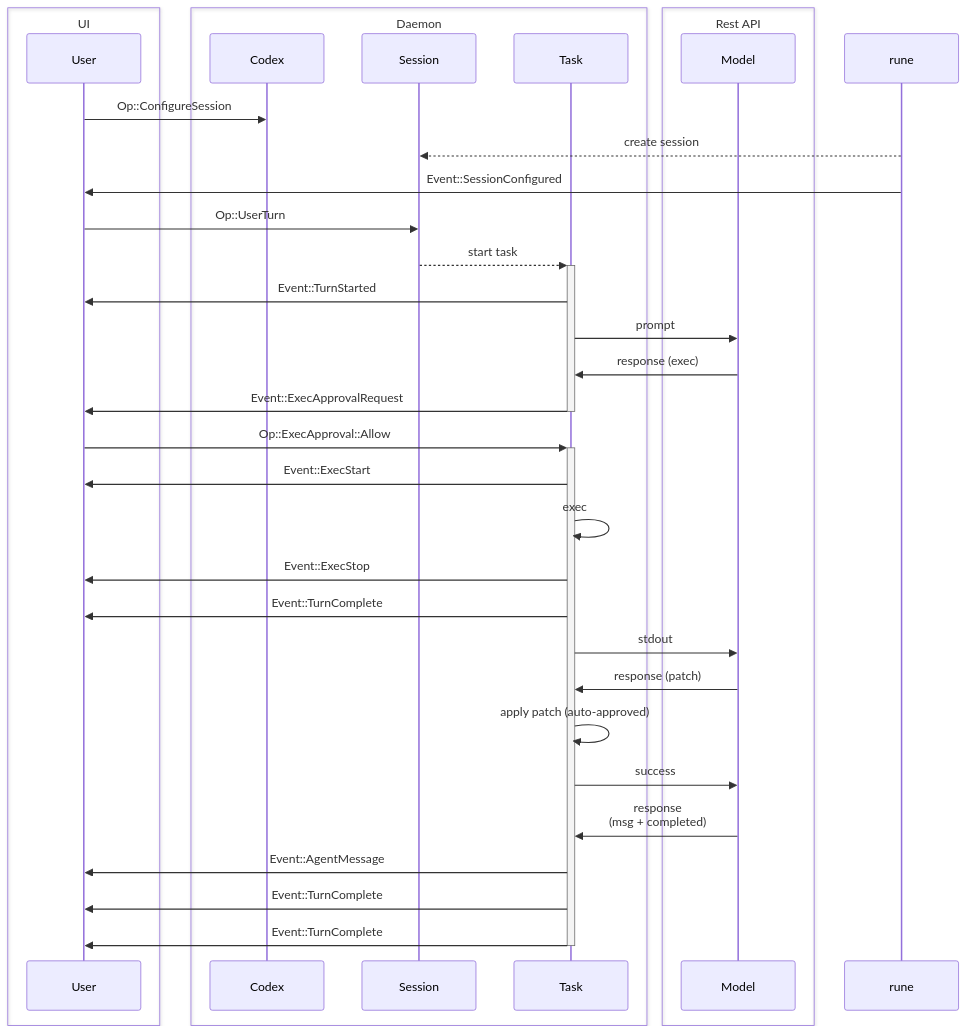
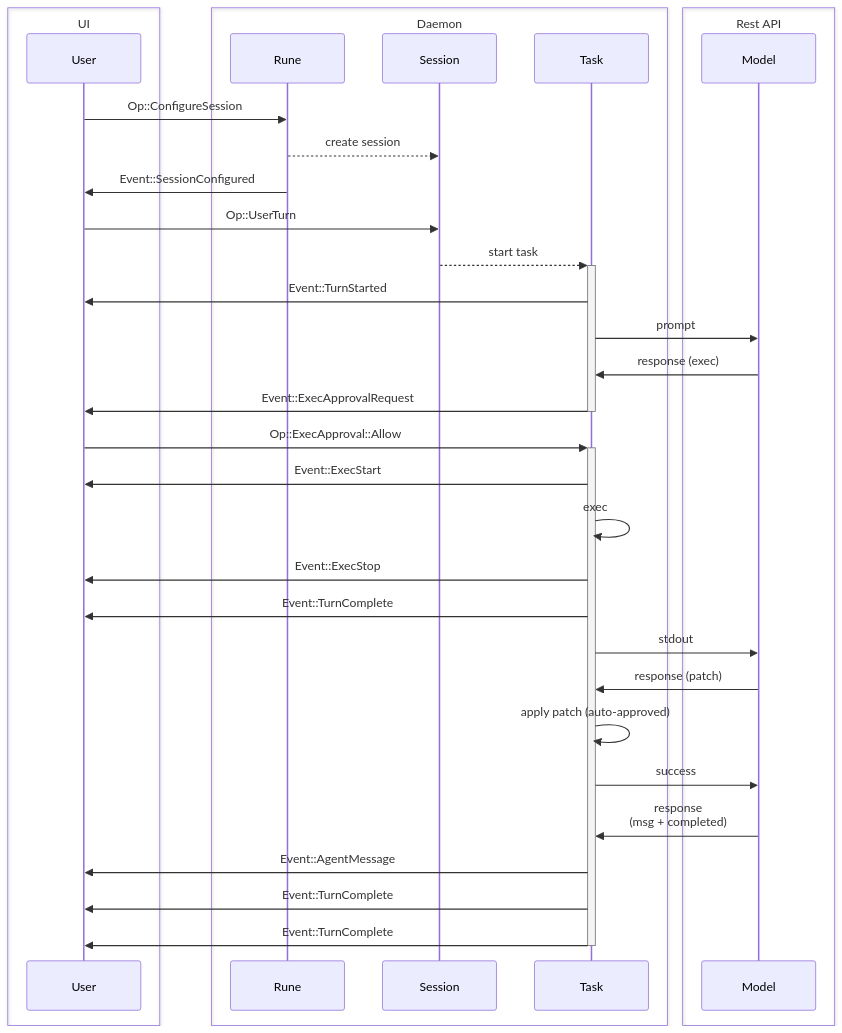
Before and after one commit to sagea-ai/rune: the first of 2 diagrams in rune-rs/docs/protocol_v1.md, drawn with Mermaid. The commit also changed other lines of this file and 1026 other files, not shown here.

````diff
--- a/rune-rs/docs/protocol_v1.md
+++ b/rune-rs/docs/protocol_v1.md
@@ -118,36 +118,36 @@
 ```mermaid
 sequenceDiagram
     box UI
     participant user as User
     end
     box Daemon
-    participant codex as Codex
+    participant rune as Rune
     participant session as Session
     participant task as Task
     end
     box Rest API
     participant agent as Model
     end
-    user->>codex: Op::ConfigureSession
+    user->>rune: Op::ConfigureSession
     rune-->>session: create session
     rune->>user: Event::SessionConfigured
     user->>session: Op::UserTurn
     session-->>+task: start task
     task->>user: Event::TurnStarted
     task->>agent: prompt
     agent->>task: response (exec)
     task->>-user: Event::ExecApprovalRequest
     user->>+task: Op::ExecApproval::Allow
     task->>user: Event::ExecStart
     task->>task: exec
     task->>user: Event::ExecStop
     task->>user: Event::TurnComplete
     task->>agent: stdout
     agent->>task: response (patch)
     task->>task: apply patch (auto-approved)
     task->>agent: success
     agent->>task: response<br/>(msg + completed)
     task->>user: Event::AgentMessage
     task->>user: Event::TurnComplete
     task->>-user: Event::TurnComplete
 ```
````
